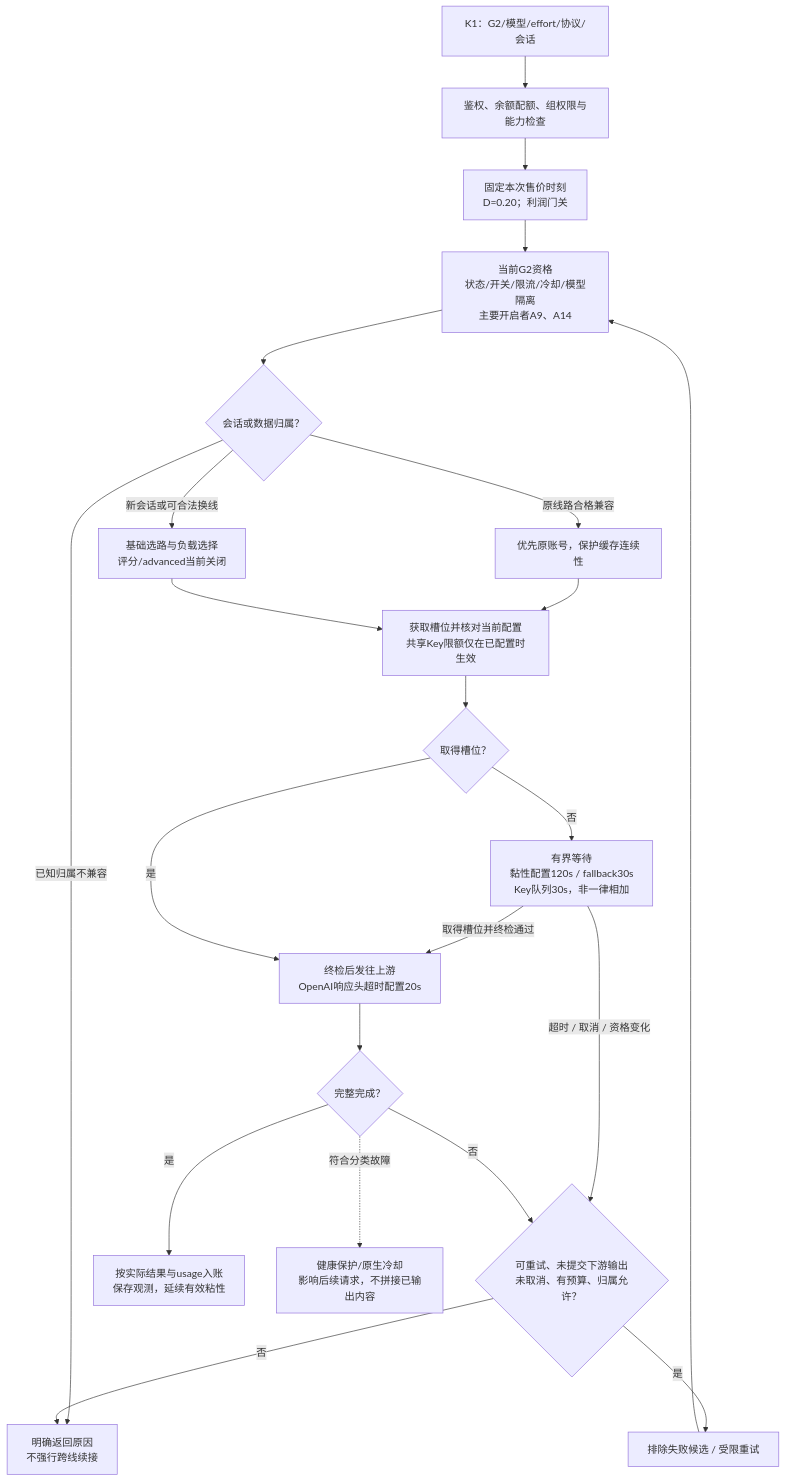
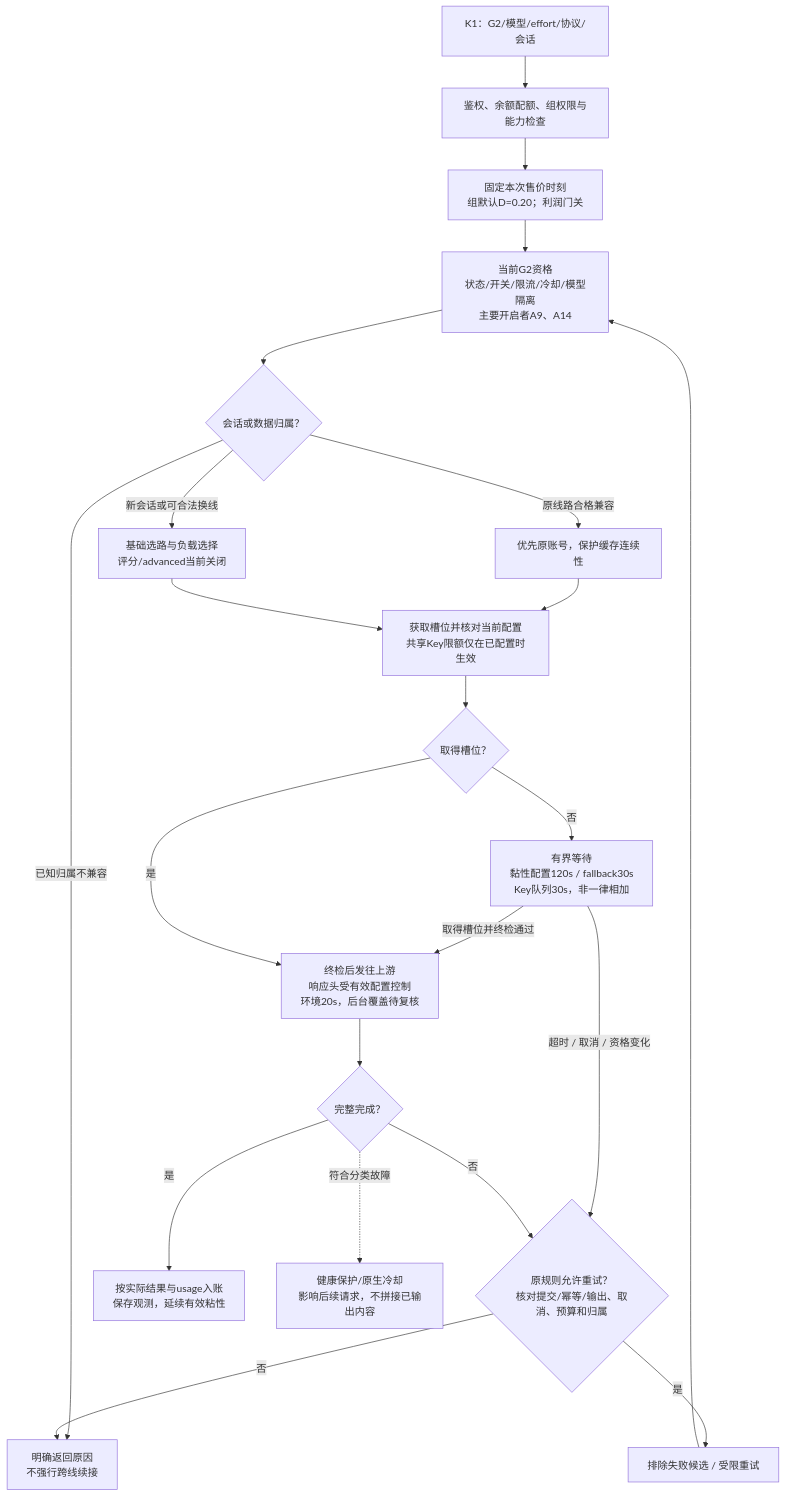
Before and after one commit to a5116107/ransub2api: the fourth of 6 diagrams in docs/project/production-observation-flow.md, drawn with Mermaid. The commit also changed other lines of this file and 4 other files, not shown here.

````diff
--- a/docs/project/production-observation-flow.md
+++ b/docs/project/production-observation-flow.md
@@ -145,24 +141,24 @@
 ```mermaid
 flowchart TD
   REQ["K1：G2/模型/effort/协议/会话"] --> AUTH["鉴权、余额配额、组权限与能力检查"]
-  AUTH --> PRICE["固定本次售价时刻<br/>D=0.20；利润门关"]
+  AUTH --> PRICE["固定本次售价时刻<br/>组默认D=0.20；利润门关"]
   PRICE --> ELIG["当前G2资格<br/>状态/开关/限流/冷却/模型隔离<br/>主要开启者A9、A14"]
   ELIG --> OWNER{"会话或数据归属？"}
   OWNER -- "原线路合格兼容" --> STICKY["优先原账号，保护缓存连续性"]
   OWNER -- "新会话或可合法换线" --> SELECT["基础选路与负载选择<br/>评分/advanced当前关闭"]
   OWNER -- "已知归属不兼容" --> STOP["明确返回原因<br/>不强行跨线续接"]
   STICKY --> SLOT["获取槽位并核对当前配置<br/>共享Key限额仅在已配置时生效"]
   SELECT --> SLOT
   SLOT --> CAP{"取得槽位？"}
   CAP -- "否" --> WAIT["有界等待<br/>黏性配置120s / fallback30s<br/>Key队列30s，非一律相加"]
   WAIT -- "取得槽位并终检通过" --> SEND
   WAIT -- "超时 / 取消 / 资格变化" --> RETRY
-  CAP -- "是" --> SEND["终检后发往上游<br/>OpenAI响应头超时配置20s"]
+  CAP -- "是" --> SEND["终检后发往上游<br/>响应头受有效配置控制<br/>环境20s，后台覆盖待复核"]
   SEND --> FIN{"完整完成？"}
   FIN -- "是" --> BILL["按实际结果与usage入账<br/>保存观测，延续有效粘性"]
-  FIN -- "否" --> RETRY{"可重试、未提交下游输出<br/>未取消、有预算、归属允许？"}
+  FIN -- "否" --> RETRY{"原规则允许重试？<br/>核对提交/幂等/输出、取消、预算和归属"}
   RETRY -- "是" --> EX["排除失败候选 / 受限重试"]
   EX --> ELIG
   RETRY -- "否" --> STOP
   FIN -. "符合分类故障" .-> HEALTH["健康保护/原生冷却<br/>影响后续请求，不拼接已输出内容"]
 ```
````
